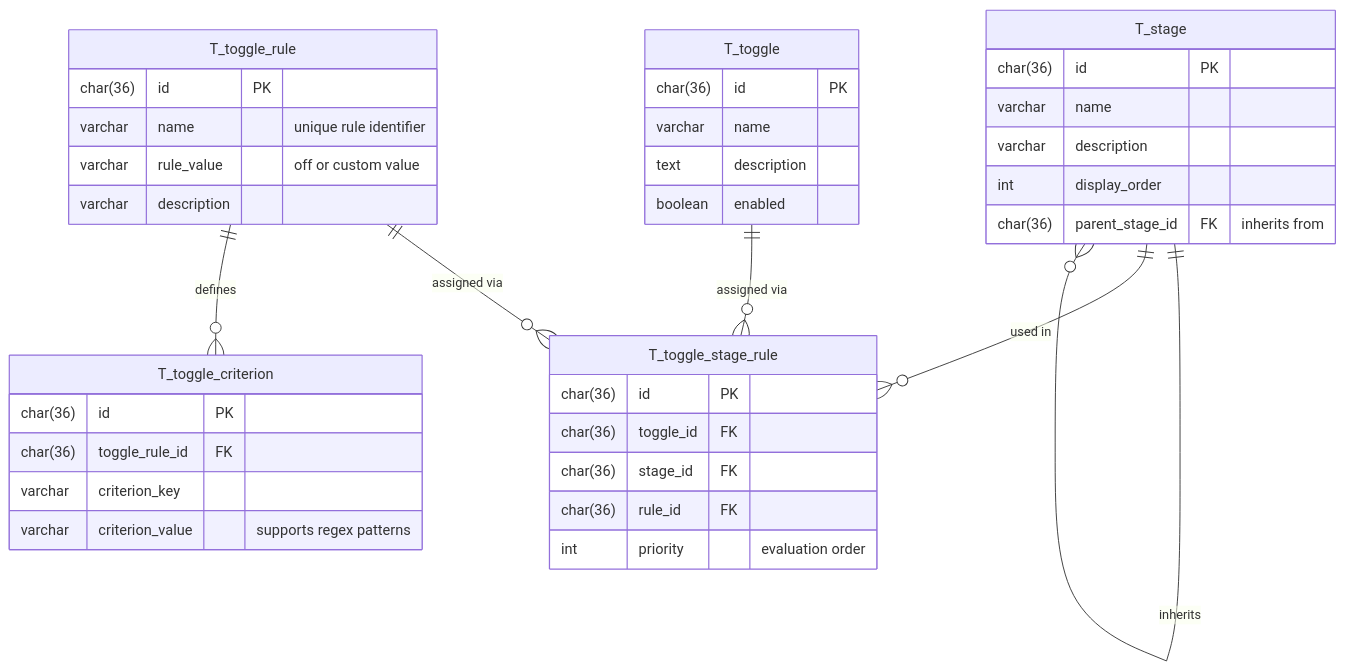
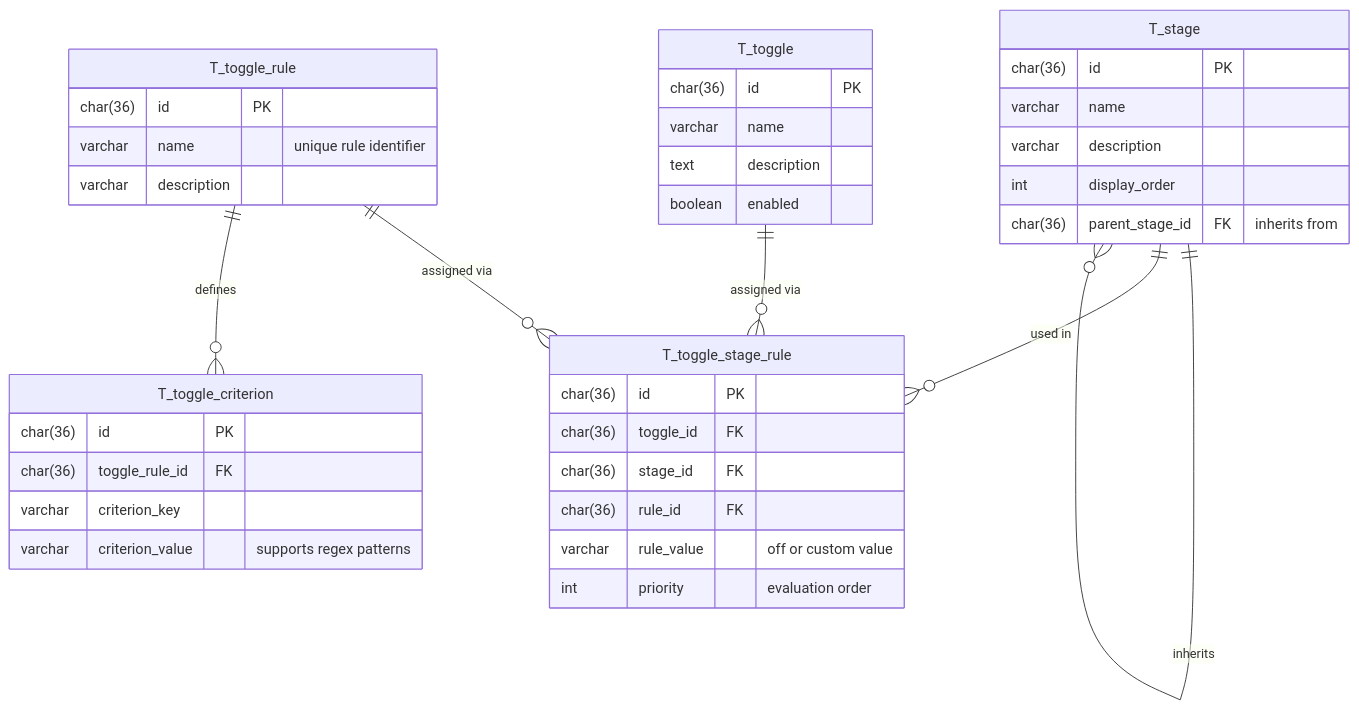
Before and after one commit to abstratium-dev/abstoggle: the first of 2 diagrams in docs/DESIGN.md, drawn with Mermaid. The commit also changed other lines of this file and 49 other files, not shown here.

````diff
--- a/docs/DESIGN.md
+++ b/docs/DESIGN.md
@@ -15,45 +15,45 @@
 ```mermaid
 erDiagram
     T_toggle {
         char(36) id PK
         varchar name
         text description
         boolean enabled
     }
 
     T_stage {
         char(36) id PK
         varchar name
         varchar description
         int display_order
         char(36) parent_stage_id FK "inherits from"
     }
 
     T_toggle_rule {
         char(36) id PK
         varchar name "unique rule identifier"
-        varchar rule_value "off or custom value"
         varchar description
     }
 
     T_toggle_stage_rule {
         char(36) id PK
         char(36) toggle_id FK
         char(36) stage_id FK
         char(36) rule_id FK
+        varchar rule_value "off or custom value"
         int priority "evaluation order"
     }
 
     T_toggle_criterion {
         char(36) id PK
         char(36) toggle_rule_id FK
         varchar criterion_key
         varchar criterion_value "supports regex patterns"
     }
 
     T_stage ||--o{ T_stage : inherits
     T_toggle ||--o{ T_toggle_stage_rule : "assigned via"
     T_stage ||--o{ T_toggle_stage_rule : "used in"
     T_toggle_rule ||--o{ T_toggle_stage_rule : "assigned via"
     T_toggle_rule ||--o{ T_toggle_criterion : defines
 ```
````
